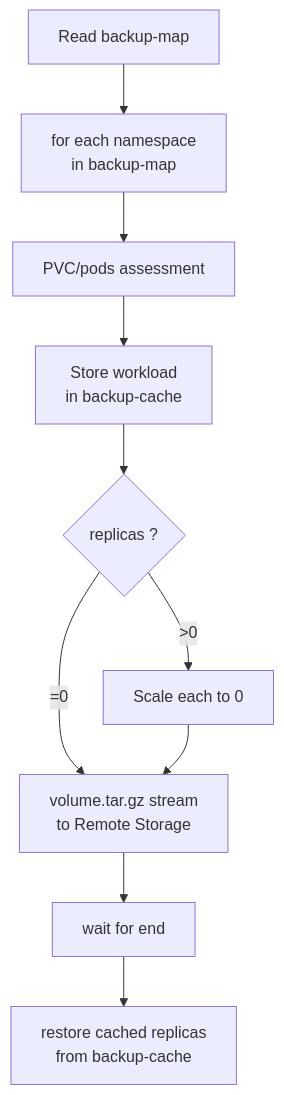
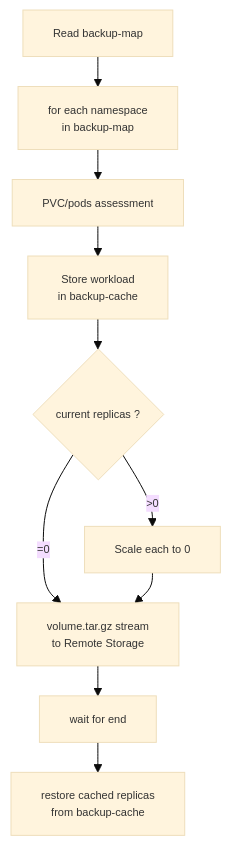
One commit to Cosmo-Tech/bkup changed the first of 2 diagrams in README.md. Above: the diagram before and after it, drawn with Mermaid. The commit also changed other lines of this file, not shown here.

````diff
--- a/README.md
+++ b/README.md
@@ -235,13 +235,14 @@
 ```mermaid
+%%{init: { 'theme': 'base', 'themeVariables': { 'fontSize': '11px' }, 'flowchart': { 'rankSpacing': 30 } } }%%
 flowchart TD
     A[Read backup-map]
     --> B[for each namespace <br> in backup-map]
     --> C[PVC/pods assessment]
     --> D[Store workload <br> in backup-cache]
-    D --> E{replicas ?}
+    D --> E{current replicas ?}
     E -->|>0| F[Scale each to 0]
     E -->|=0| G[Keep as it is]
     F --> G[volume.tar.gz stream <br> to Remote Storage]
     G --> H[wait for end]
     H --> I[restore cached replicas <br> from backup-cache]
 ```
````
